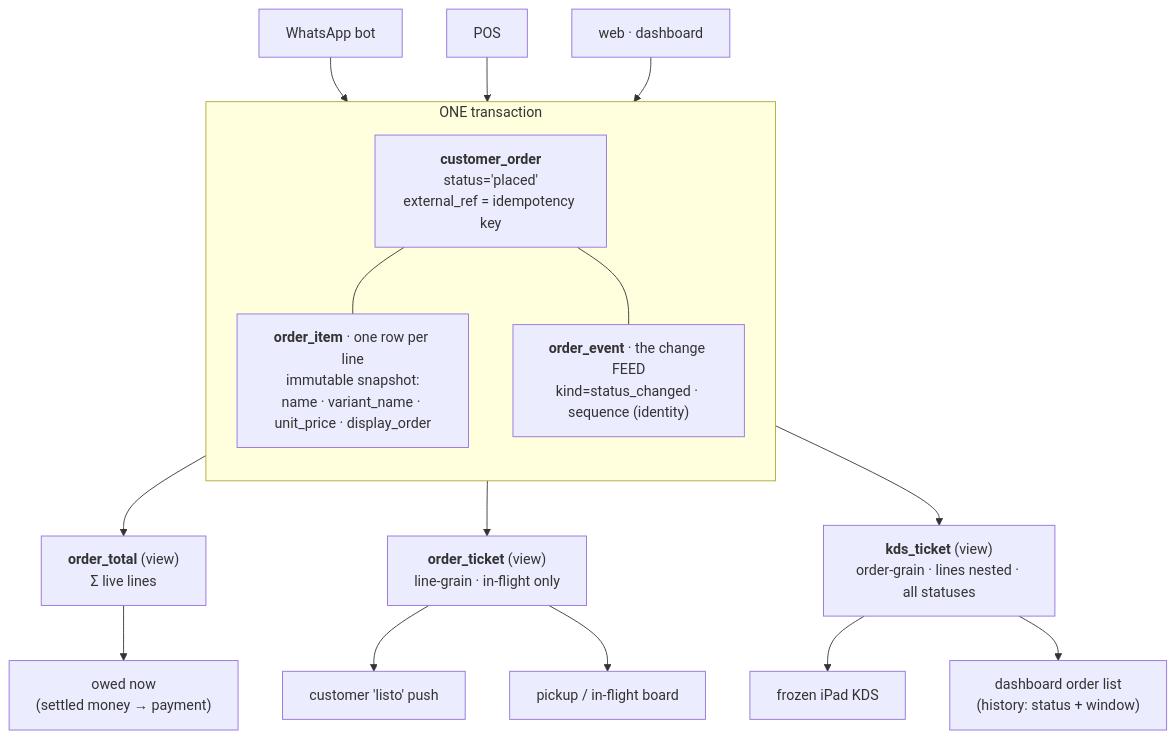
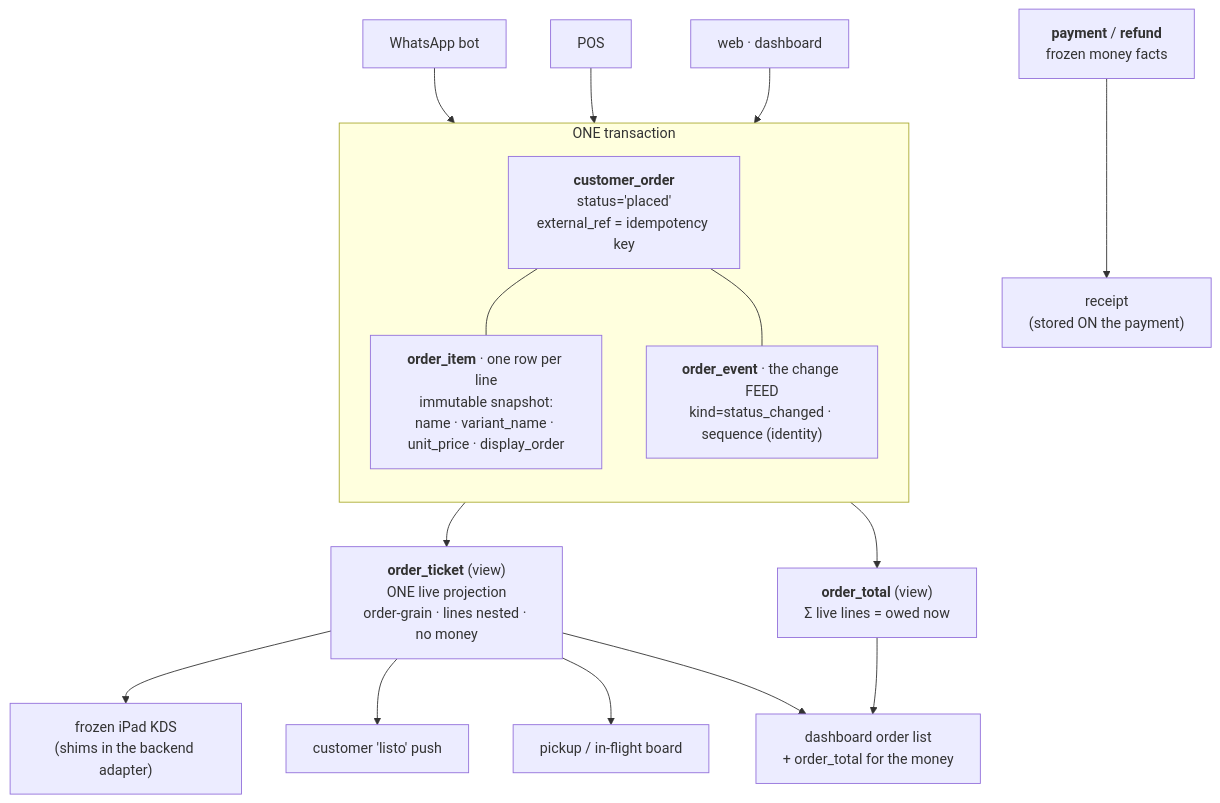
The first of 3 diagrams in docs/migration/build-v3/ORDER_MODEL.md (umiconsulting/umi), drawn with Mermaid before and after one commit. The commit also changed other lines of this file and 5 other files, not shown here.

First line of the commit message:
refactor(build-v3): one live ticket projection, adapters in the backend

````diff
--- a/docs/migration/build-v3/ORDER_MODEL.md
+++ b/docs/migration/build-v3/ORDER_MODEL.md
@@ -111,25 +122,25 @@
 ```mermaid
 flowchart TB
   WA["WhatsApp bot"] --> TX
   POS["POS"] --> TX
   WEB["web · dashboard"] --> TX
 
   subgraph TX["ONE transaction"]
     direction TB
     ORD["<b>customer_order</b><br/>status='placed'<br/>external_ref = idempotency key"]
     ITEM["<b>order_item</b> · one row per line<br/>immutable snapshot:<br/>name · variant_name · unit_price · display_order"]
     EV["<b>order_event</b> · the change FEED<br/>kind=status_changed · sequence (identity)"]
     ORD --- ITEM
     ORD --- EV
   end
 
-  TX --> TOTAL["<b>order_total</b> (view)<br/>Σ live lines"]
-  TX --> TICKET["<b>order_ticket</b> (view)<br/>line-grain · in-flight only"]
-  TX --> KDS["<b>kds_ticket</b> (view)<br/>order-grain · lines nested · all statuses"]
+  TX --> TICKET["<b>order_ticket</b> (view)<br/>ONE live projection<br/>order-grain · lines nested · no money"]
+  TX --> TOTAL["<b>order_total</b> (view)<br/>Σ live lines = owed now"]
+  PAY["<b>payment</b> / <b>refund</b><br/>frozen money facts"] --> RCPT["receipt<br/>(stored ON the payment)"]
 
-  TOTAL --> MONEY["owed now<br/>(settled money → payment)"]
+  TICKET --> IPAD["frozen iPad KDS<br/>(shims in the backend adapter)"]
   TICKET --> NOTIF["customer 'listo' push"]
   TICKET --> BOARD["pickup / in-flight board"]
-  KDS --> IPAD["frozen iPad KDS"]
-  KDS --> LIST["dashboard order list<br/>(history: status + window)"]
+  TICKET --> LIST["dashboard order list<br/>+ order_total for the money"]
+  TOTAL --> LIST
 ```
````
